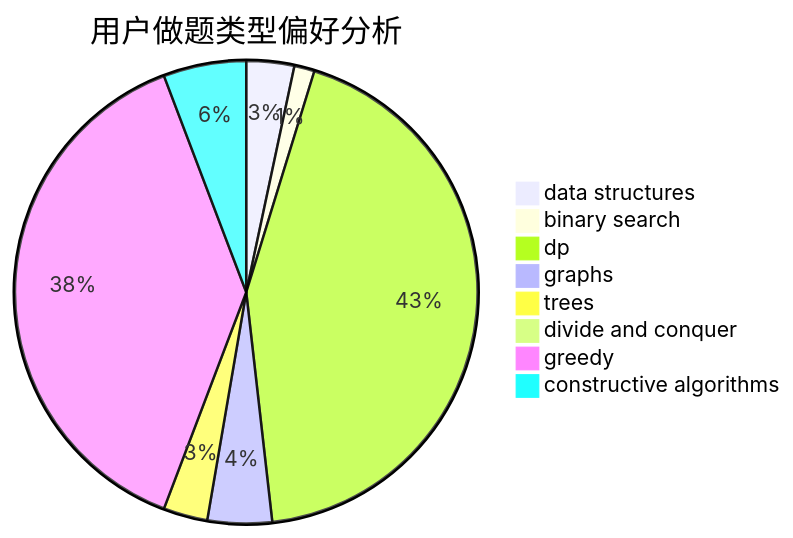
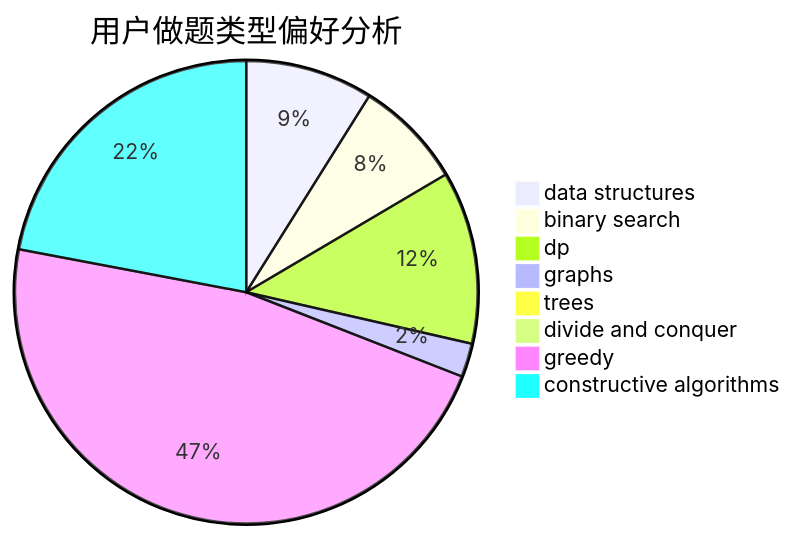
The second of 3 diagrams in docs/user/u178.md (sherpahu/cfrs.github.io), drawn with Mermaid before and after one commit. The commit also changed other lines of this file and 2770 other files, not shown here.

````diff
--- a/docs/user/u178.md
+++ b/docs/user/u178.md
@@ -23,11 +23,11 @@
 ```mermaid
 pie title 用户做题类型偏好分析
-    "data structures" :  26
-    "binary search" :  11
-    "dp" :  338
-    "graphs" :  35
-    "trees" :  24
-    "divide and conquer" :  0
-    "greedy" :  299
-    "constructive algorithms" :  45
+    "data structures" :  68
+    "binary search" :  58
+    "dp" :  92
+    "graphs" :  18
+    "trees" :  0
+    "divide and conquer" :  5
+    "greedy" :  359
+    "constructive algorithms" :  168
 ```
````
